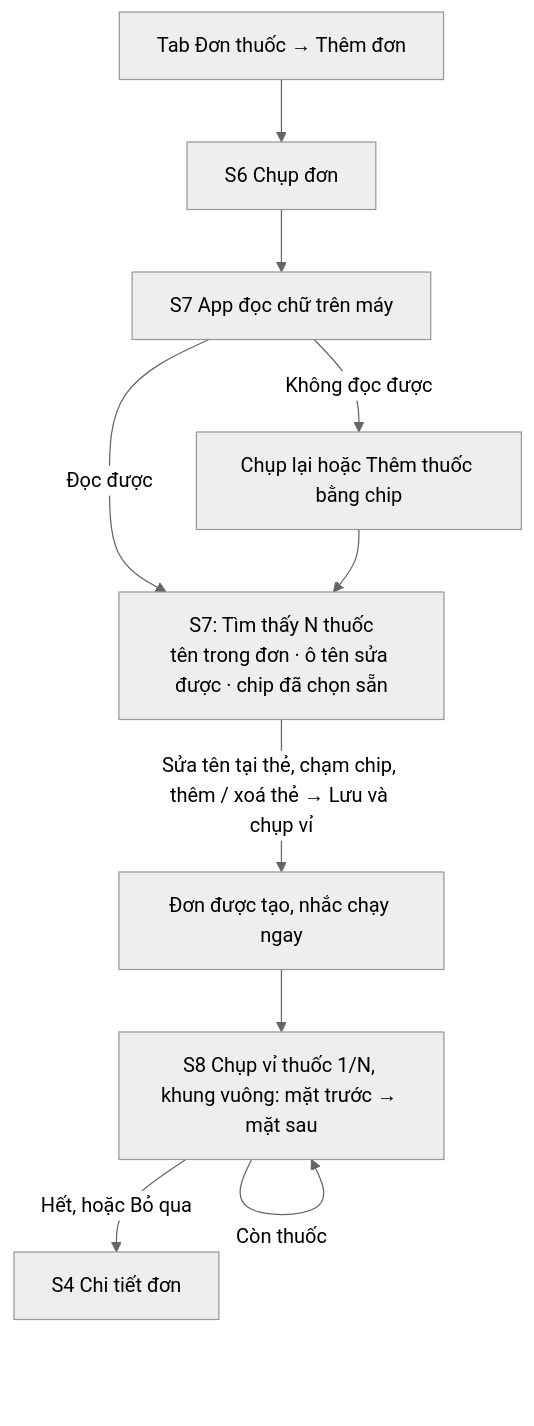
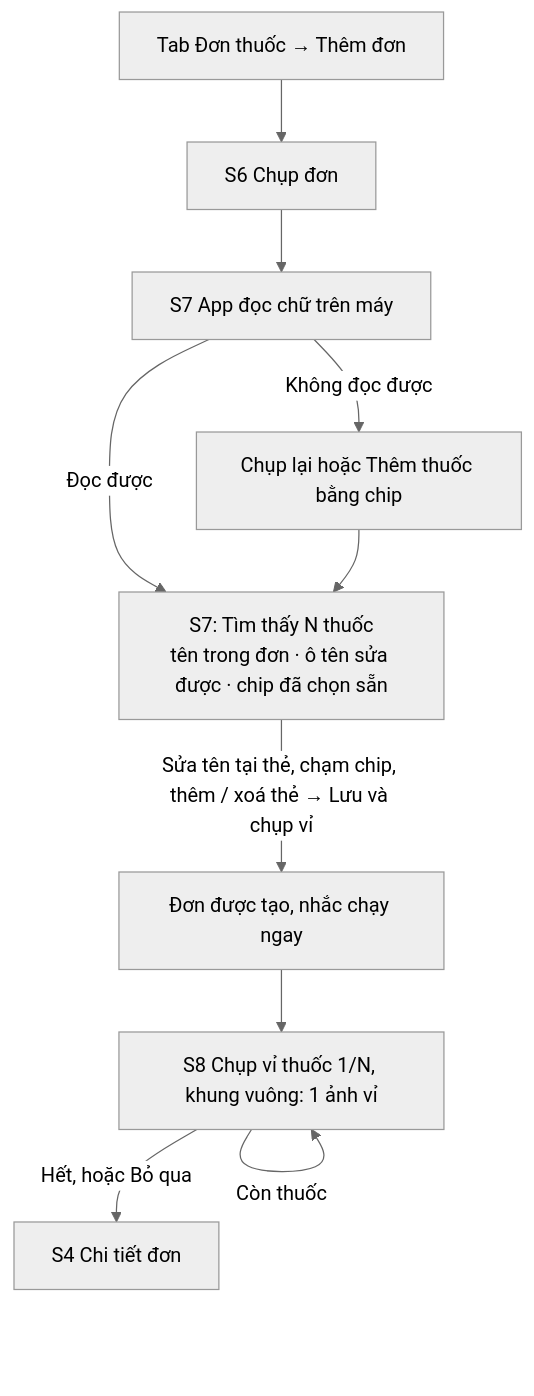
Before and after one commit to MyTran-01/nho-uong-thuoc: the second of 2 diagrams in features/med-reminder-v1/USER_FLOW.md, drawn with Mermaid (neutral theme). The commit also changed other lines of this file and 17 other files, not shown here.

````diff
--- a/features/med-reminder-v1/USER_FLOW.md
+++ b/features/med-reminder-v1/USER_FLOW.md
@@ -98,12 +136,12 @@
 ```mermaid
 flowchart TD
   A["Tab Đơn thuốc → Thêm đơn"] --> B["S6 Chụp đơn"]
   B --> C["S7 App đọc chữ trên máy"]
   C -->|Đọc được| D["S7: Tìm thấy N thuốc<br/>tên trong đơn · ô tên sửa được · chip đã chọn sẵn"]
   C -->|Không đọc được| E["Chụp lại hoặc Thêm thuốc bằng chip"]
   E --> D
   D -->|Sửa tên tại thẻ, chạm chip, thêm / xoá thẻ → Lưu và chụp vỉ| F["Đơn được tạo, nhắc chạy ngay"]
-  F --> G["S8 Chụp vỉ thuốc 1/N, khung vuông: mặt trước → mặt sau"]
+  F --> G["S8 Chụp vỉ thuốc 1/N, khung vuông: 1 ảnh vỉ"]
   G -->|Còn thuốc| G
   G -->|Hết, hoặc Bỏ qua| H["S4 Chi tiết đơn"]
 ```
````
